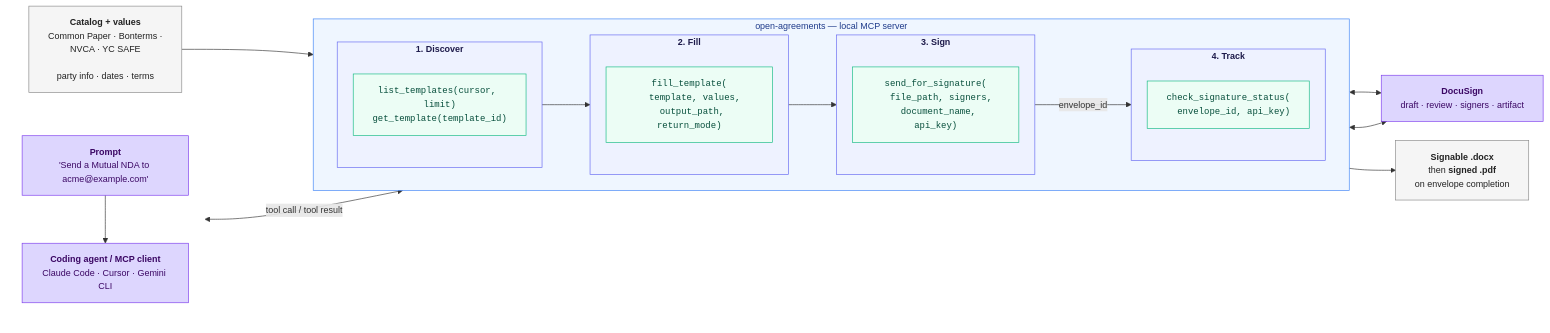
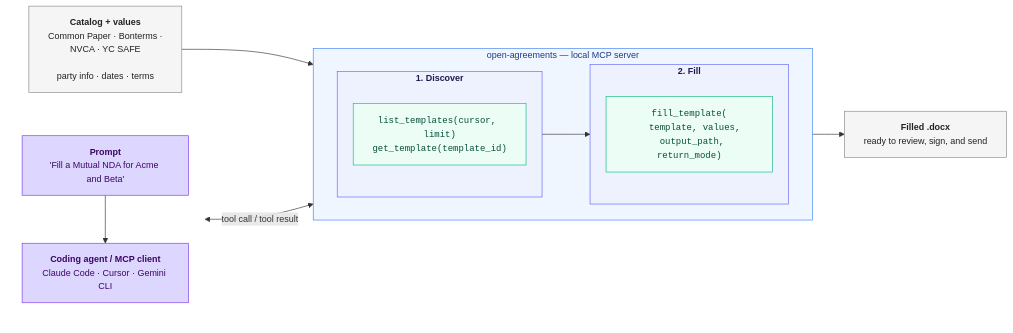
One commit to open-agreements/open-agreements changed the diagram in README.md. Above: the diagram before and after it, drawn with Mermaid. The commit also changed other lines of this file and 54 other files, not shown here.

First line of the commit message:
chore: remove the agreement-signing capability (DocuSign signing feature) (#469)

````diff
--- a/README.md
+++ b/README.md
@@ -61,63 +61,47 @@
 ```mermaid
 %%{init: {"flowchart": {"htmlLabels": true, "curve": "basis", "nodeSpacing": 30, "rankSpacing": 50}, "themeVariables": {"fontSize": "14px"}} }%%
 flowchart LR
     InputLeft["<b>Catalog + values</b><br/>Common Paper · Bonterms ·<br/>NVCA · YC SAFE<br/><br/>party info · dates · terms"]
 
     subgraph Server["open-agreements — local MCP server"]
         direction LR
 
         subgraph Discover["<b>1. Discover</b>"]
             direction TB
             DiscTool["<code>list_templates(cursor, limit)</code><br/><code>get_template(template_id)</code>"]
         end
 
         subgraph Fill["<b>2. Fill</b>"]
             direction TB
             FillTool["<code>fill_template(<br/>&nbsp;&nbsp;template, values,<br/>&nbsp;&nbsp;output_path, return_mode)</code>"]
         end
 
-        subgraph Sign["<b>3. Sign</b>"]
-            direction TB
-            SignTool["<code>send_for_signature(<br/>&nbsp;&nbsp;file_path, signers,<br/>&nbsp;&nbsp;document_name, api_key)</code>"]
-        end
-
-        subgraph Track["<b>4. Track</b>"]
-            direction TB
-            TrackTool["<code>check_signature_status(<br/>&nbsp;&nbsp;envelope_id, api_key)</code>"]
-        end
-
         Discover --> Fill
-        Fill --> Sign
-        Sign -->|envelope_id| Track
     end
 
-    OutputRight["<b>Signable .docx</b><br/>then <b>signed .pdf</b><br/>on envelope completion"]
-
-    DocuSign["<b>DocuSign</b><br/>draft · review · signers · artifact"]
+    OutputRight["<b>Filled .docx</b><br/>ready to review, sign, and send"]
 
     subgraph Client [" "]
         direction TB
-        Prompt["<b>Prompt</b><br/>'Send a Mutual NDA to acme@example.com'"]
+        Prompt["<b>Prompt</b><br/>'Fill a Mutual NDA for Acme and Beta'"]
         Agent["<b>Coding agent / MCP client</b><br/>Claude Code · Cursor · Gemini CLI"]
         Prompt --> Agent
     end
 
     InputLeft --> Discover
-    Track --> OutputRight
-    SignTool <--> DocuSign
-    TrackTool <--> DocuSign
+    Fill --> OutputRight
     Agent <-->|tool call / tool result| Server
 
     classDef io fill:#f5f5f5,stroke:#888,color:#222
     classDef server fill:#eff6ff,stroke:#3b82f6,color:#1e3a8a
     classDef stage fill:#eef2ff,stroke:#6366f1,color:#1e1b4b
     classDef tools fill:#ecfdf5,stroke:#10b981,color:#064e3b
     classDef ext fill:#ddd6fe,stroke:#7c3aed,color:#3b0764
     classDef hidden fill:none,stroke:none
     class InputLeft,OutputRight io
     class Server server
-    class Discover,Fill,Sign,Track stage
-    class DiscTool,FillTool,SignTool,TrackTool tools
-    class Prompt,Agent,DocuSign ext
+    class Discover,Fill stage
+    class DiscTool,FillTool tools
+    class Prompt,Agent ext
     class Client hidden
 ```
````
